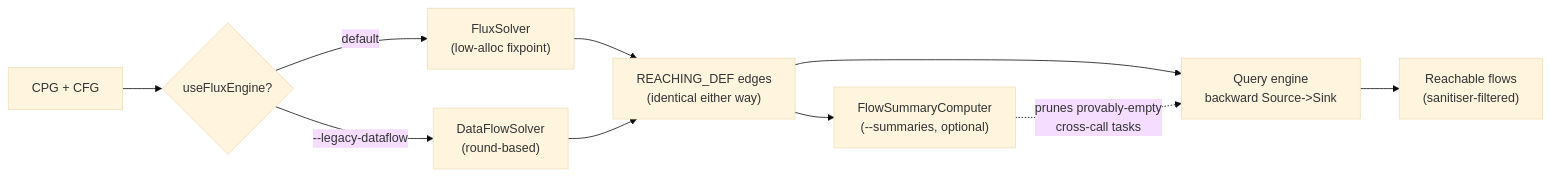
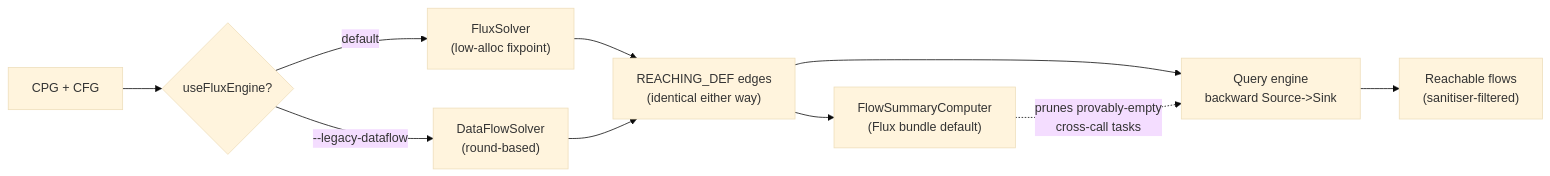
One commit to AppThreat/chen changed the diagram in docs/FLOW_ENGINE_COMPARISON.md. Above: the diagram before and after it, drawn with Mermaid (base theme). The commit also changed other lines of this file and 19 other files, not shown here.

````diff
--- a/docs/FLOW_ENGINE_COMPARISON.md
+++ b/docs/FLOW_ENGINE_COMPARISON.md
@@ -288,12 +289,12 @@
 ```mermaid
 flowchart LR
   A["CPG + CFG"] --> B{"useFluxEngine?"}
   B -- "default" --> C["FluxSolver<br/>(low-alloc fixpoint)"]
   B -- "--legacy-dataflow" --> D["DataFlowSolver<br/>(round-based)"]
   C --> E["REACHING_DEF edges<br/>(identical either way)"]
   D --> E
   E --> F["Query engine<br/>backward Source->Sink"]
-  E --> G["FlowSummaryComputer<br/>(--summaries, optional)"]
+  E --> G["FlowSummaryComputer<br/>(Flux bundle default)"]
   G -. "prunes provably-empty<br/>cross-call tasks" .-> F
   F --> H["Reachable flows<br/>(sanitiser-filtered)"]
 ```
````
